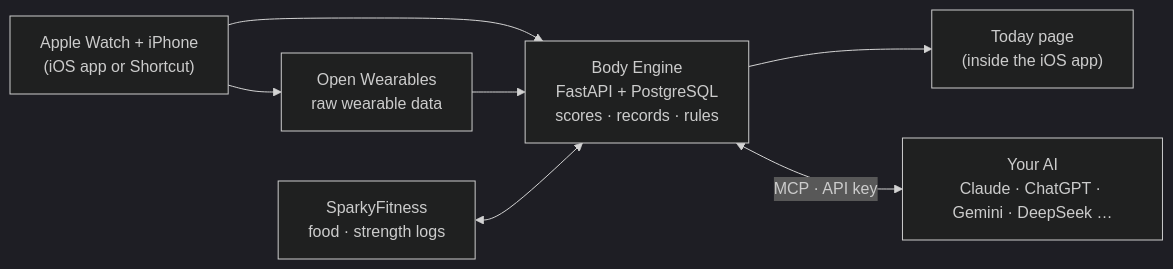
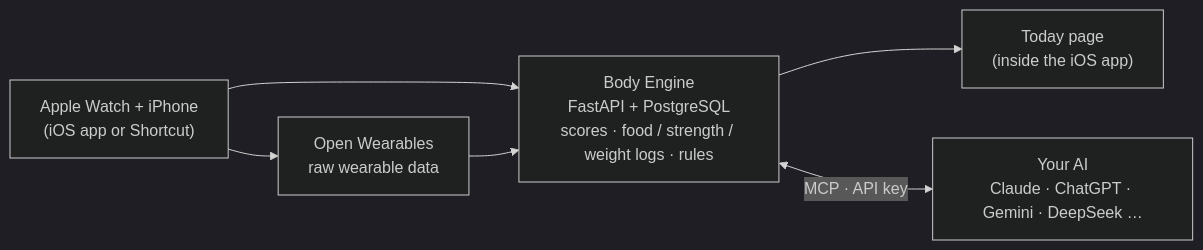
The diagram in README.md (SongyuQi-Francisco/Watch2Whoop), drawn with Mermaid (dark theme) before and after one commit. The commit also changed other lines of this file and 57 other files, not shown here.

First line of the commit message:
饮食 / 体重 / 训练记录切到自有表：读开关、只写新表、SparkyFitness 可选 (#252 第 3、4 期) (#341)

````diff
--- a/README.md
+++ b/README.md
@@ -110,9 +110,8 @@
 ```mermaid
 flowchart LR
   W["Apple Watch + iPhone<br/>(iOS app or Shortcut)"] --> OW["Open Wearables<br/>raw wearable data"]
   W --> BE
-  OW --> BE["Body Engine<br/>FastAPI + PostgreSQL<br/>scores · records · rules"]
-  SF["SparkyFitness<br/>food · strength logs"] <--> BE
+  OW --> BE["Body Engine<br/>FastAPI + PostgreSQL<br/>scores · food / strength / weight logs · rules"]
   BE --> T["Today page<br/>(inside the iOS app)"]
   BE <-->|"MCP · API key"| AI["Your AI<br/>Claude · ChatGPT · Gemini · DeepSeek …"]
 ```
````
